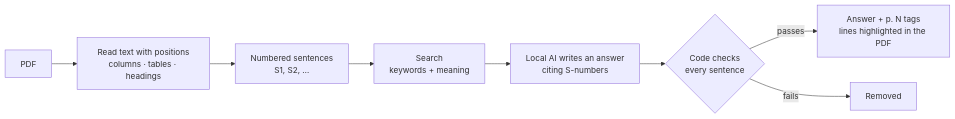
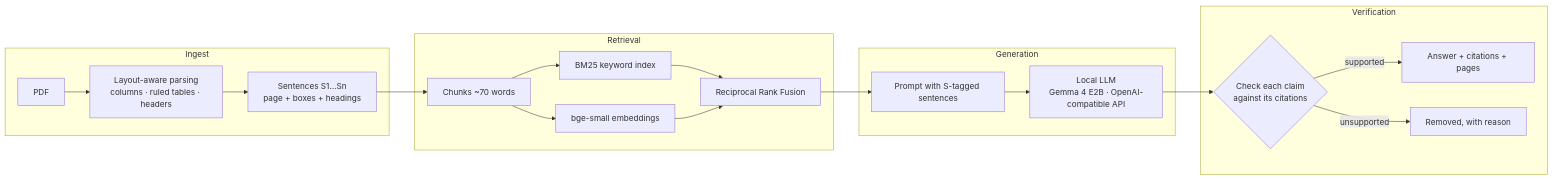
The diagram in README.md (umangbagadi03/underline), drawn with Mermaid before and after one commit. The commit also changed other lines of this file and 1 other file, not shown here.

Commit message:
Rewrite the README around the RAG engine, API and evaluation

````diff
--- a/README.md
+++ b/README.md
@@ -39,10 +37,23 @@
 ```mermaid
 flowchart LR
-    A[PDF] --> B[Read text with positions<br/>columns · tables · headings]
-    B --> C[Numbered sentences<br/>S1, S2, …]
-    C --> D[Search<br/>keywords + meaning]
-    D --> E[Local AI writes an answer<br/>citing S-numbers]
-    E --> F{Code checks<br/>every sentence}
-    F -- passes --> G[Answer + p. N tags<br/>lines highlighted in the PDF]
-    F -- fails --> H[Removed]
+    subgraph Ingest
+      A[PDF] --> B[Layout-aware parsing<br/>columns · ruled tables · headers]
+      B --> C[Sentences S1…Sn<br/>page + boxes + headings]
+    end
+    subgraph Retrieval
+      C --> D[Chunks ~70 words]
+      D --> E[BM25 keyword index]
+      D --> F[bge-small embeddings]
+      E --> G[Reciprocal Rank Fusion]
+      F --> G
+    end
+    subgraph Generation
+      G --> H[Prompt with S-tagged sentences]
+      H --> I[Local LLM<br/>Gemma 4 E2B · OpenAI-compatible API]
+    end
+    subgraph Verification
+      I --> J{Check each claim<br/>against its citations}
+      J -- supported --> K[Answer + citations + pages]
+      J -- unsupported --> L[Removed, with reason]
+    end
 ```
````
